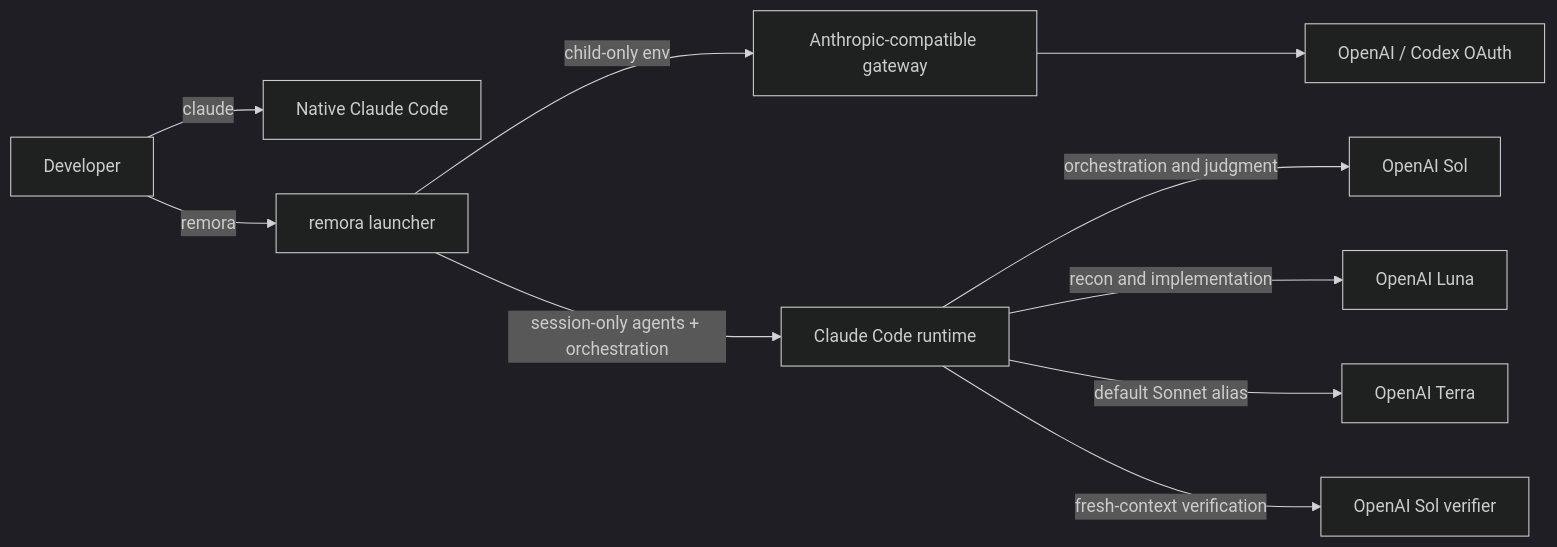
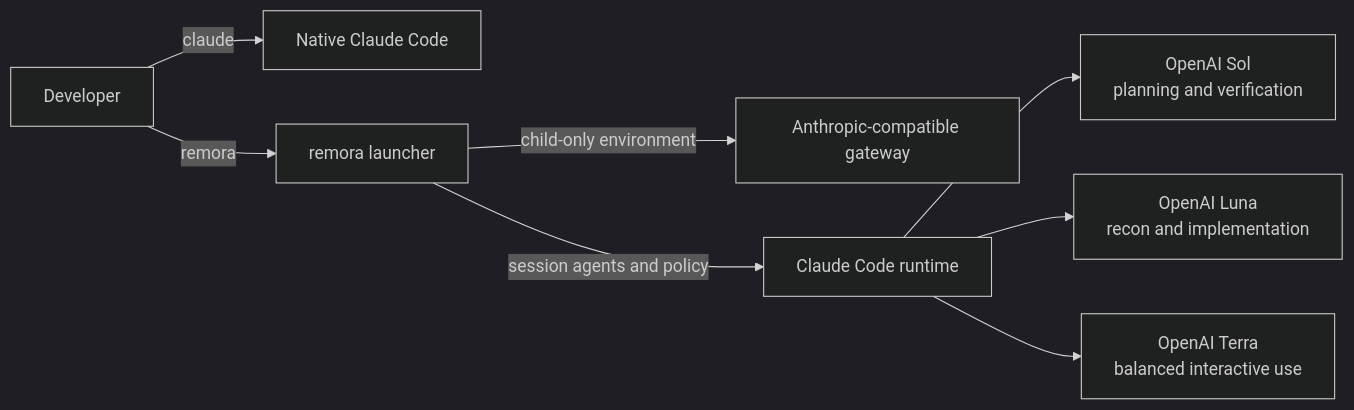
The diagram in README.md (Nanako0129/remora-cc), drawn with Mermaid (dark theme) before and after one commit. The commit also changed other lines of this file and 9 other files, not shown here.

````diff
--- a/README.md
+++ b/README.md
@@ -51,12 +50,13 @@
 ```mermaid
 flowchart LR
-    U[Developer] -->|claude| N[Native Claude Code]
-    U -->|remora| R[remora launcher]
-    R -->|child-only env| G[Anthropic-compatible gateway]
-    R -->|session-only agents + orchestration| C[Claude Code runtime]
-    C -->|orchestration and judgment| SOL[OpenAI Sol]
-    C -->|recon and implementation| LUNA[OpenAI Luna]
-    C -->|default Sonnet alias| TERRA[OpenAI Terra]
-    C -->|fresh-context verification| VERIFY[OpenAI Sol verifier]
-    G --> OAI[OpenAI / Codex OAuth]
+    USER["Developer"] -->|claude| NATIVE["Native Claude Code"]
+    USER -->|remora| LAUNCHER["remora launcher"]
+    LAUNCHER -->|child-only environment| GATEWAY["Anthropic-compatible gateway"]
+    LAUNCHER -->|session agents and policy| RUNTIME["Claude Code runtime"]
+    RUNTIME --> SOL["OpenAI Sol
+planning and verification"]
+    RUNTIME --> LUNA["OpenAI Luna
+recon and implementation"]
+    RUNTIME --> TERRA["OpenAI Terra
+balanced interactive use"]
 ```
````
